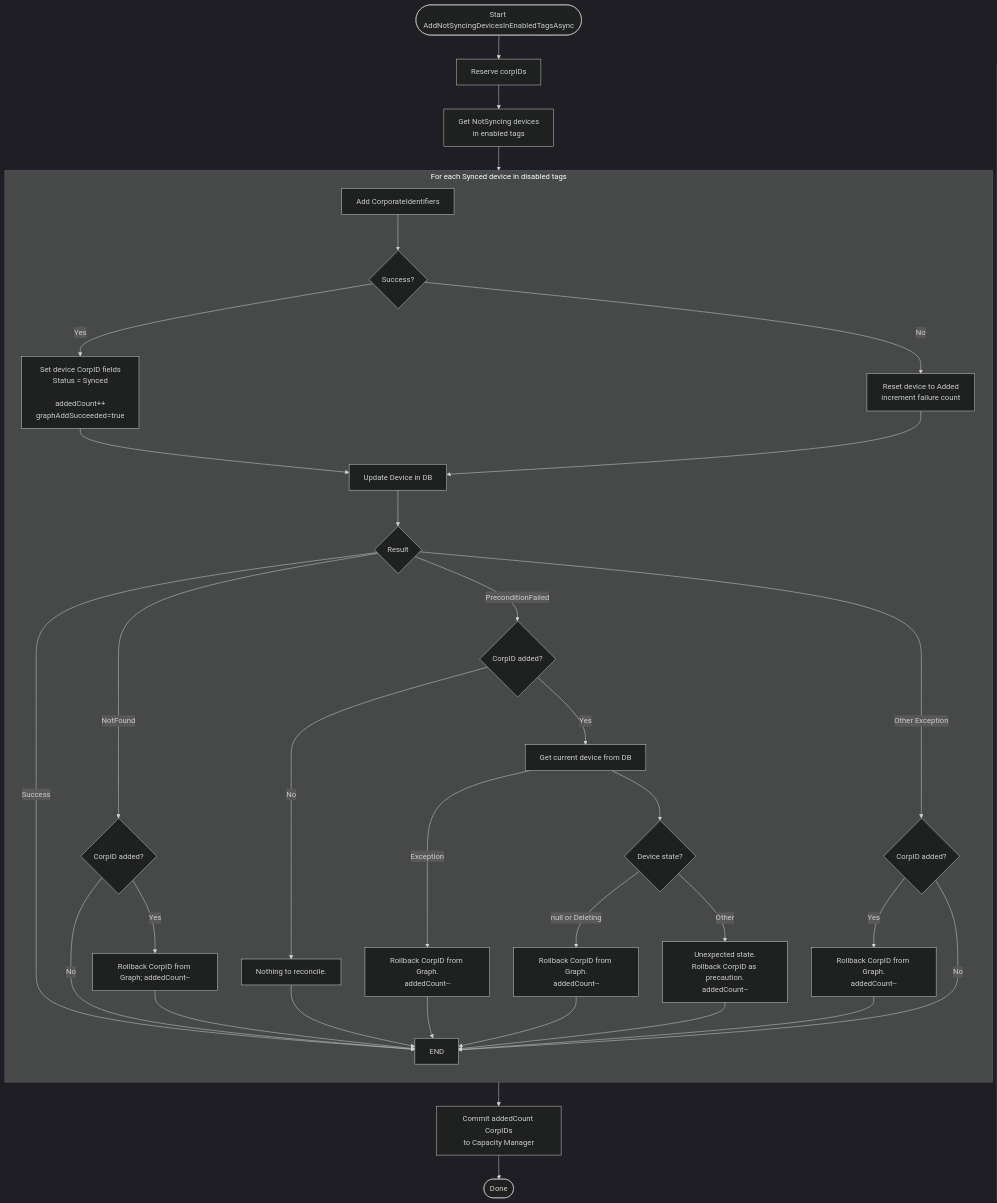
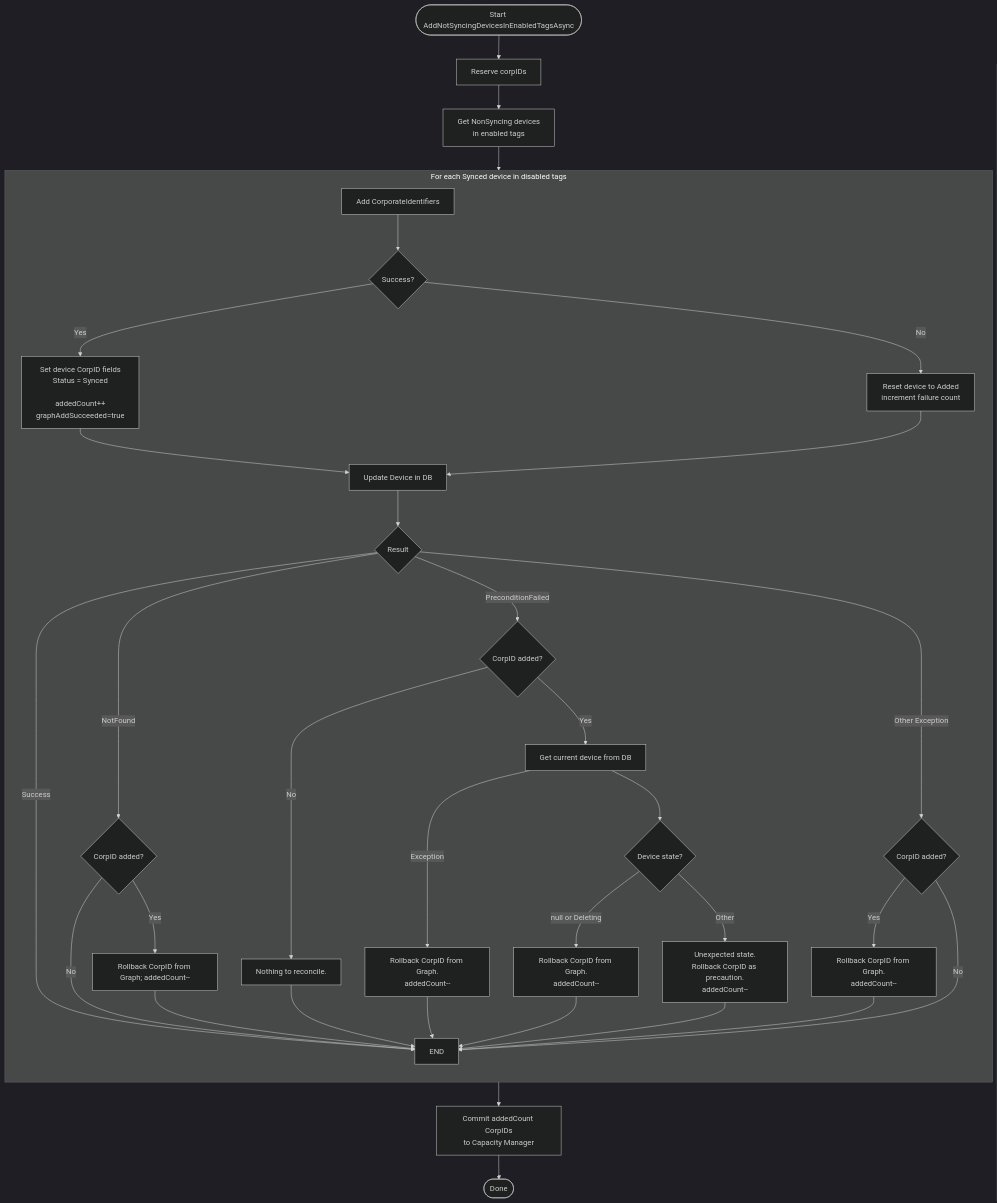
Before and after one commit to kenjohnson03/DelegationStation: the diagram in CorporateIdentifierSync/Documents/FlowCharts/ReconcileSyncStatus-Syncing.md, drawn with Mermaid (dark theme). The commit also changed 18 other files, not shown here.

Commit message:
Rename non-syncing device state

````diff
--- a/CorporateIdentifierSync/Documents/FlowCharts/ReconcileSyncStatus-Syncing.md
+++ b/CorporateIdentifierSync/Documents/FlowCharts/ReconcileSyncStatus-Syncing.md
@@ -1,43 +1,43 @@
 ```mermaid
 
 flowchart TD
     Start([Start AddNotSyncingDevicesInEnabledTagsAsync]) --> ReserveCorpIDs["Reserve corpIDs"]
-    ReserveCorpIDs --> GetDevices[Get NotSyncing devices<br/>in enabled tags]
+    ReserveCorpIDs --> GetDevices[Get NonSyncing devices<br/>in enabled tags]
     GetDevices --> AddCorpIDs[Add CorporateIdentifiers]
 
     subgraph LOOP["For each Synced device in disabled tags"]
     direction TB
 
         AddCorpIDs --> AddOk{Success?}
         AddOk -- Yes --> SetSynced["Set device CorpID fields<br/>Status = Synced<br/><br/>addedCount++<br/>graphAddSucceeded=true"]
         AddOk -- No --> SetAdded[Reset device to Added<br/>increment failure count]
         SetSynced --> Update[Update Device in DB]
         SetAdded --> Update
         Update --> UpdResult{Result}
         UpdResult -- Success --> END
         UpdResult -- NotFound --> Rollback{CorpID added?}
         Rollback -- Yes --> DoRollback["Rollback CorpID from Graph; addedCount--"]
         Rollback -- No --> END
         DoRollback --> END
 
         UpdResult -- PreconditionFailed --> PF_GraphAdded{CorpID added?}
         PF_GraphAdded -- No --> PF_NoOp["Nothing to reconcile."]
         PF_NoOp --> END
         PF_GraphAdded -- Yes --> PF_Read[Get current device from DB]
         PF_Read -- Exception --> PF_ReadFail["Rollback CorpID from Graph.<br/>addedCount--"]
         PF_ReadFail --> END
         PF_Read --> PF_ReadResult{"Device state?"}
         PF_ReadResult -- "null or Deleting" --> PF_RollbackDel["Rollback CorpID from Graph.<br/>addedCount--"]
         PF_RollbackDel --> END
         PF_ReadResult -- Other --> PF_RollbackOther["Unexpected state.<br/>Rollback CorpID as precaution.<br/>addedCount--"]
         PF_RollbackOther --> END
 
         UpdResult -- Other Exception --> X_Check{CorpID added?}
         X_Check -- Yes --> X_Rollback["Rollback CorpID from Graph.<br/>addedCount--"]
         X_Rollback --> END
         X_Check -- No --> END
     end
 
     END --> Commit["Commit addedCount CorpIDs<br/>to Capacity Manager"]
     Commit --> Done([Done])
 ```
````
